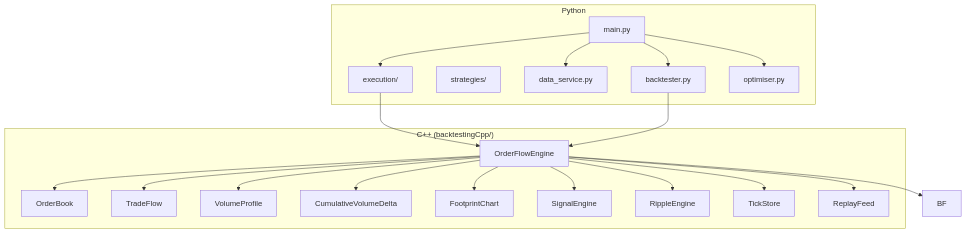
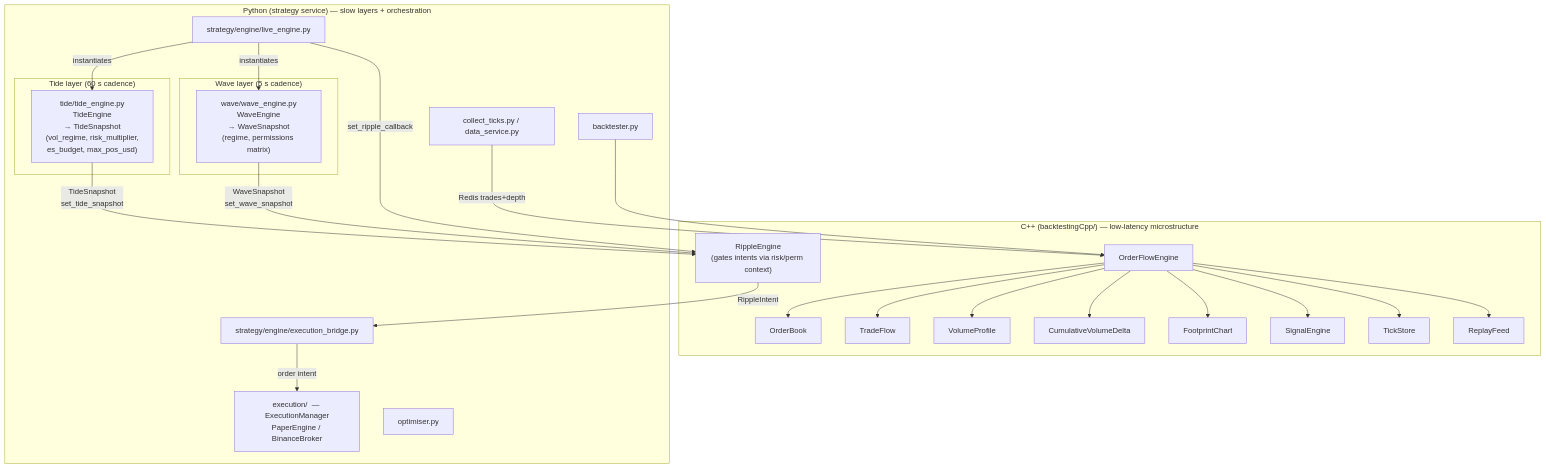
One commit to Centheos1/trading changed the first of 3 diagrams in implementation_plan.md. Above: the diagram before and after it, drawn with Mermaid. The commit also changed other lines of this file and 5 other files, not shown here.

````diff
--- a/implementation_plan.md
+++ b/implementation_plan.md
@@ -105,41 +78,48 @@
 ```mermaid
 flowchart TB
-    subgraph CPP ["C++ (backtestingCpp/)"]
+    subgraph CPP ["C++ (backtestingCpp/)  — low-latency microstructure"]
         OFE[OrderFlowEngine]
         OB[OrderBook]
         TF[TradeFlow]
         VP[VolumeProfile]
         CVD_CPP[CumulativeVolumeDelta]
         FP[FootprintChart]
         SE[SignalEngine]
-        RE[RippleEngine]
+        RE["RippleEngine\n(gates intents via risk/perm context)"]
         TS[TickStore]
         RF[ReplayFeed]
     end
 
-    subgraph PY ["Python"]
-        MAIN[main.py]
-        EXEC[execution/]
-        STRAT[strategies/]
-        DS[data_service.py]
+    subgraph PY ["Python (strategy service)  — slow layers + orchestration"]
+        subgraph TIDE ["Tide layer  (60 s cadence)"]
+            TE["tide/tide_engine.py\nTideEngine\n→ TideSnapshot\n(vol_regime, risk_multiplier,\nes_budget, max_pos_usd)"]
+        end
+        subgraph WAVE ["Wave layer  (5 s cadence)"]
+            WE["wave/wave_engine.py\nWaveEngine\n→ WaveSnapshot\n(regime, permissions matrix)"]
+        end
+        LE[strategy/engine/live_engine.py]
+        EB[strategy/engine/execution_bridge.py]
+        EXEC[execution/  — ExecutionManager\nPaperEngine / BinanceBroker]
+        DS[collect_ticks.py / data_service.py]
         BT[backtester.py]
         OPT[optimiser.py]
     end
 
-    MAIN --> EXEC
-    MAIN --> BT
-    MAIN --> OPT
-    MAIN --> DS
-    EXEC --> OFE
+    DS -->|Redis trades+depth| OFE
+    LE -->|instantiates| TE
+    LE -->|instantiates| WE
+    TE -->|TideSnapshot\n set_tide_snapshot| RE
+    WE -->|WaveSnapshot\n set_wave_snapshot| RE
+    LE -->|set_ripple_callback| RE
+    RE -->|RippleIntent| EB
+    EB -->|order intent| EXEC
     BT --> OFE
     OFE --> OB
     OFE --> TF
     OFE --> VP
     OFE --> CVD_CPP
     OFE --> FP
     OFE --> SE
-    OFE --> RE
     OFE --> TS
     OFE --> RF
-    OFE --> BF
 ```
````
